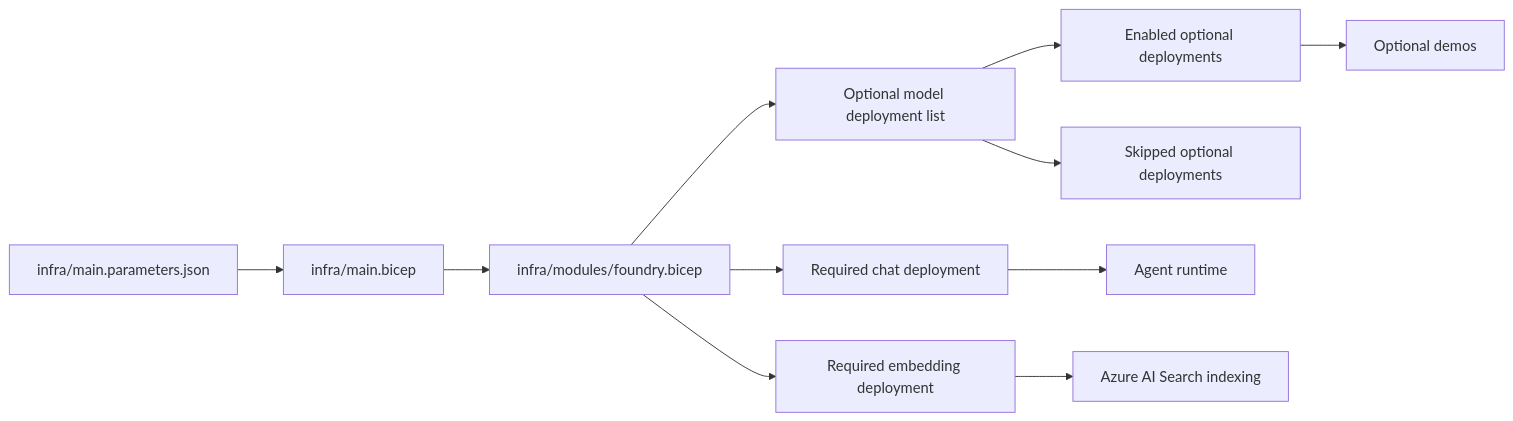
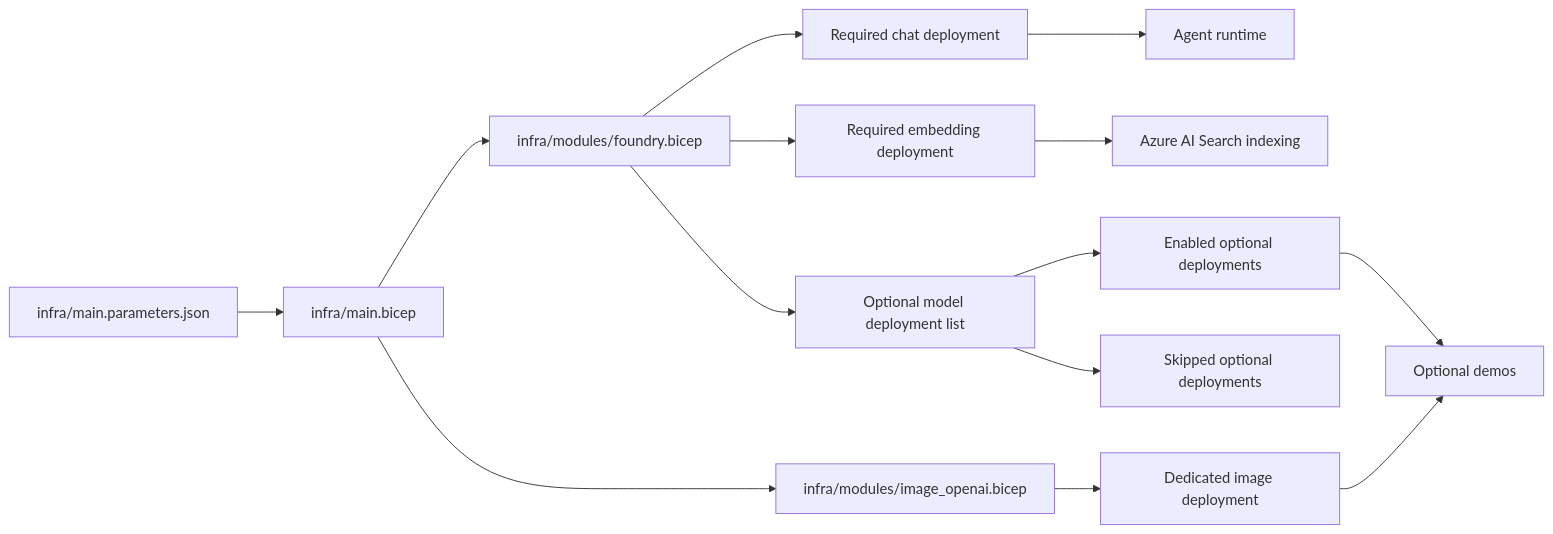
The diagram in workshop/docs/03-understand/00-foundry-model.md (payton-chou-ms/e2e-ms-foundry-workshop), drawn with Mermaid before and after one commit. The commit also changed other lines of this file and 38 other files, not shown here.

Commit message:
Add Bicep modules for OpenAI image generation and Playwright workspace; update narrative and site audit error documentation

````diff
--- a/workshop/docs/03-understand/00-foundry-model.md
+++ b/workshop/docs/03-understand/00-foundry-model.md
@@ -31,13 +33,16 @@
 ```mermaid
 flowchart LR
     A[infra/main.parameters.json] --> B[infra/main.bicep]
     B --> C[infra/modules/foundry.bicep]
+    B --> C2[infra/modules/image_openai.bicep]
     C --> D[Required chat deployment]
     C --> E[Required embedding deployment]
     C --> F[Optional model deployment list]
     F --> G[Enabled optional deployments]
     F --> H[Skipped optional deployments]
+    C2 --> I2[Dedicated image deployment]
     D --> I[Agent runtime]
     E --> J[Azure AI Search indexing]
     G --> K[Optional demos]
+    I2 --> K
 ```
````
